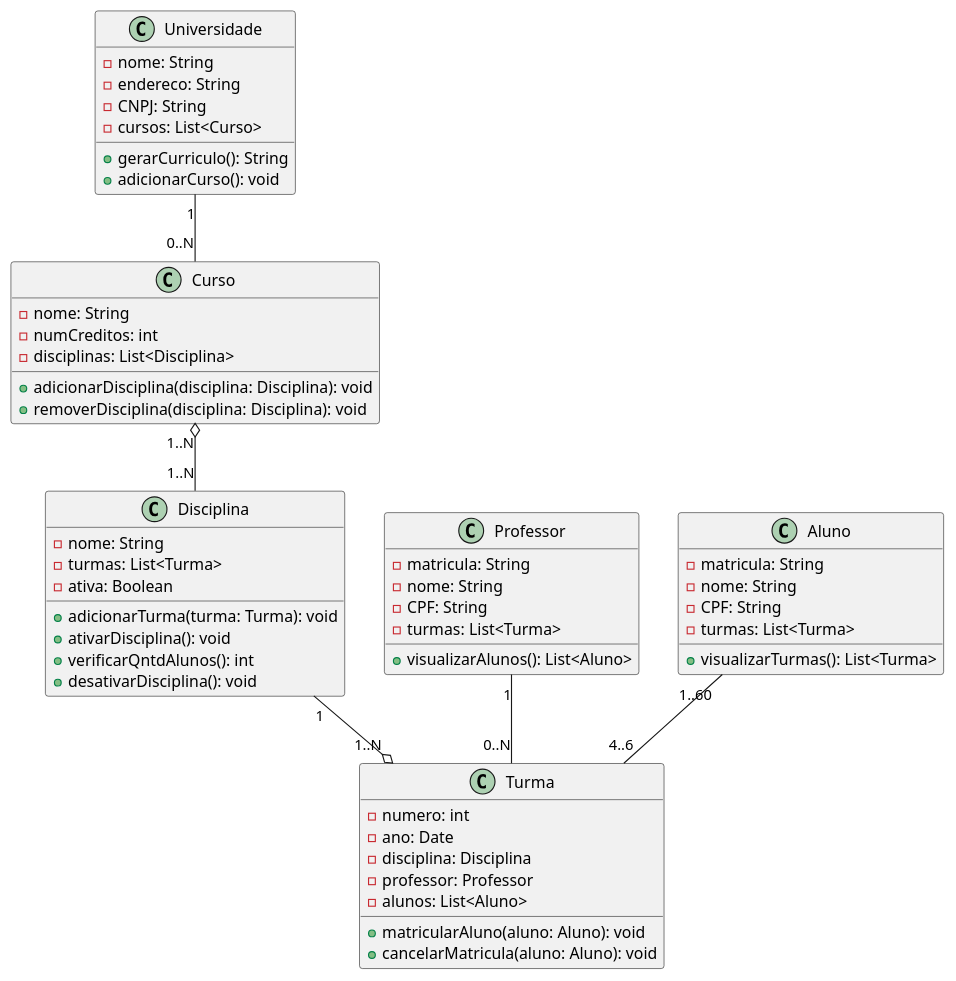
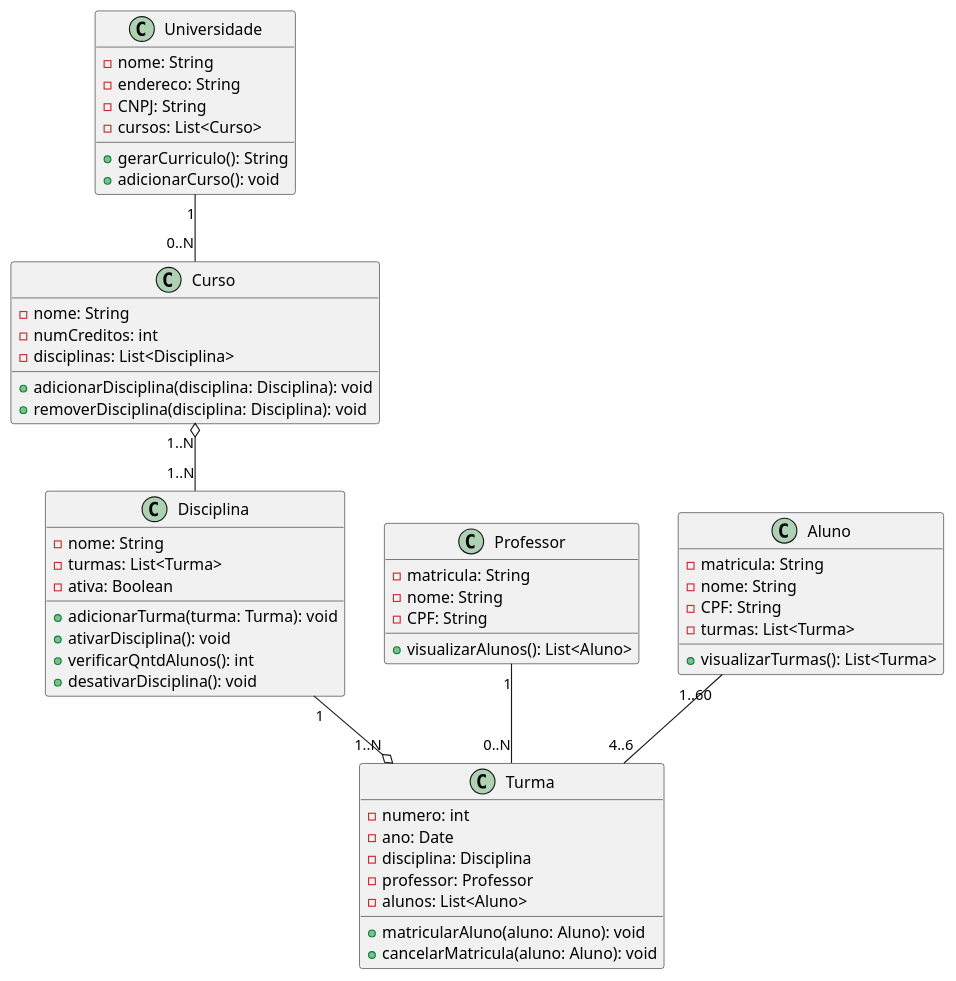
The diagram in project/code/classDiagram.puml (oarthurfc/LDS), drawn with PlantUML before and after one commit.

Commit message:
Atualizando Diagrama de Classe

```diff
--- a/project/code/classDiagram.puml
+++ b/project/code/classDiagram.puml
@@ -1,62 +1,61 @@
 @startuml
 
 class Universidade {
   -nome: String
   -endereco: String
   -CNPJ: String
   -cursos: List<Curso>
   +gerarCurriculo(): String
   +adicionarCurso(): void
 }
 
 class Curso {
   -nome: String
   -numCreditos: int
   -disciplinas: List<Disciplina>
   +adicionarDisciplina(disciplina: Disciplina): void
   +removerDisciplina(disciplina: Disciplina): void
 }
 
 class Disciplina {
   -nome: String
   -turmas: List<Turma>
   -ativa: Boolean
   +adicionarTurma(turma: Turma): void
   +ativarDisciplina(): void
   +verificarQntdAlunos(): int
   +desativarDisciplina(): void
 }
 
 class Turma {
   -numero: int
   -ano: Date
   -disciplina: Disciplina
   -professor: Professor
   -alunos: List<Aluno>
   +matricularAluno(aluno: Aluno): void
   +cancelarMatricula(aluno: Aluno): void
 }
 
 class Professor {
   -matricula: String
   -nome: String
   -CPF: String
-  -turmas: List<Turma>
   +visualizarAlunos(): List<Aluno>
 }
 
 class Aluno {
   -matricula: String
   -nome: String  
   -CPF: String 
   -turmas: List<Turma>
   +visualizarTurmas(): List<Turma>
 }
 
 Universidade "1" -- "0..N" Curso
 Curso "1..N" o-- "1..N" Disciplina
 Disciplina "1" --o "1..N" Turma
 Professor "1" -- "0..N" Turma
 Aluno "1..60" -- "4..6" Turma
 
 @enduml
```
